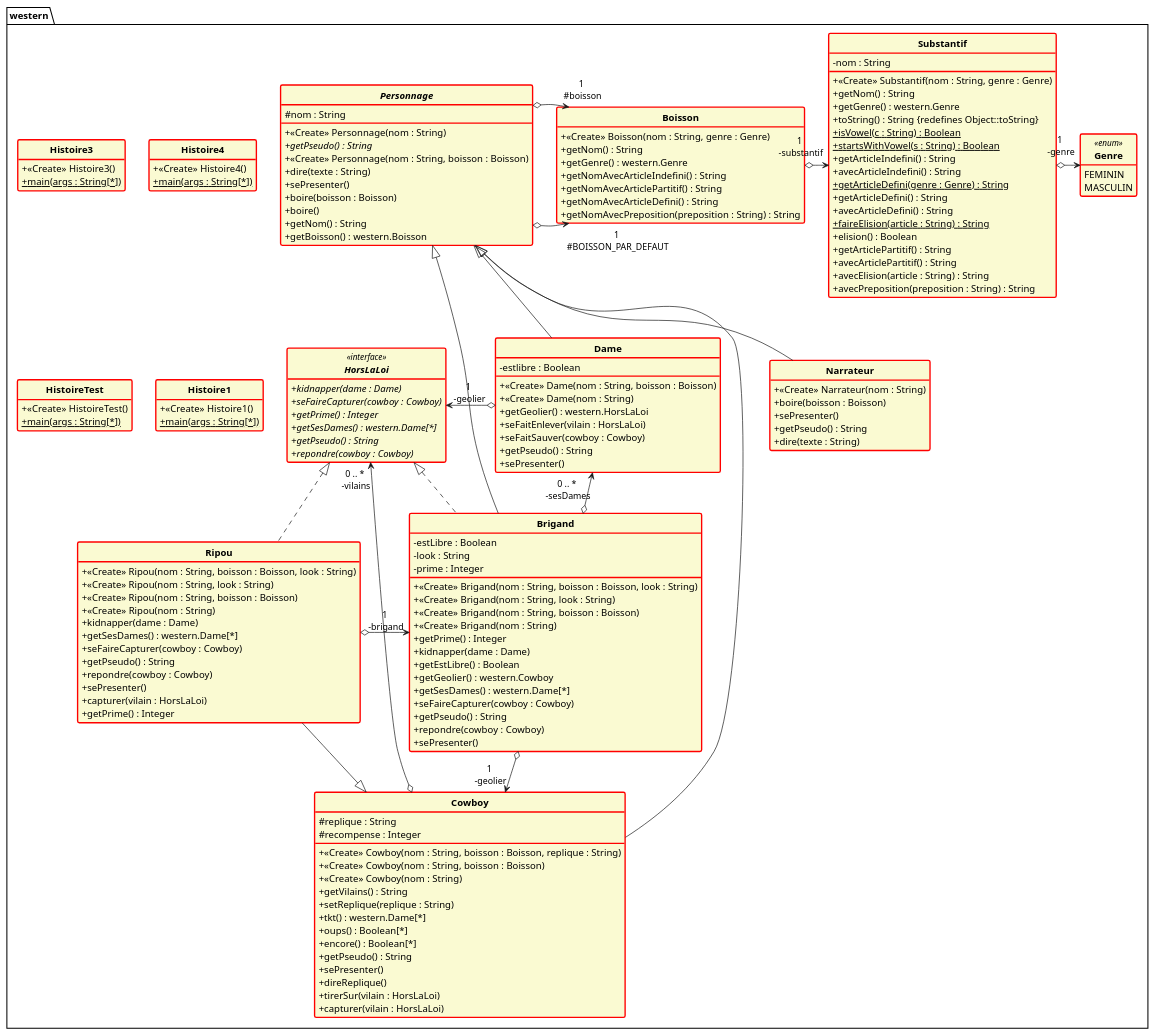
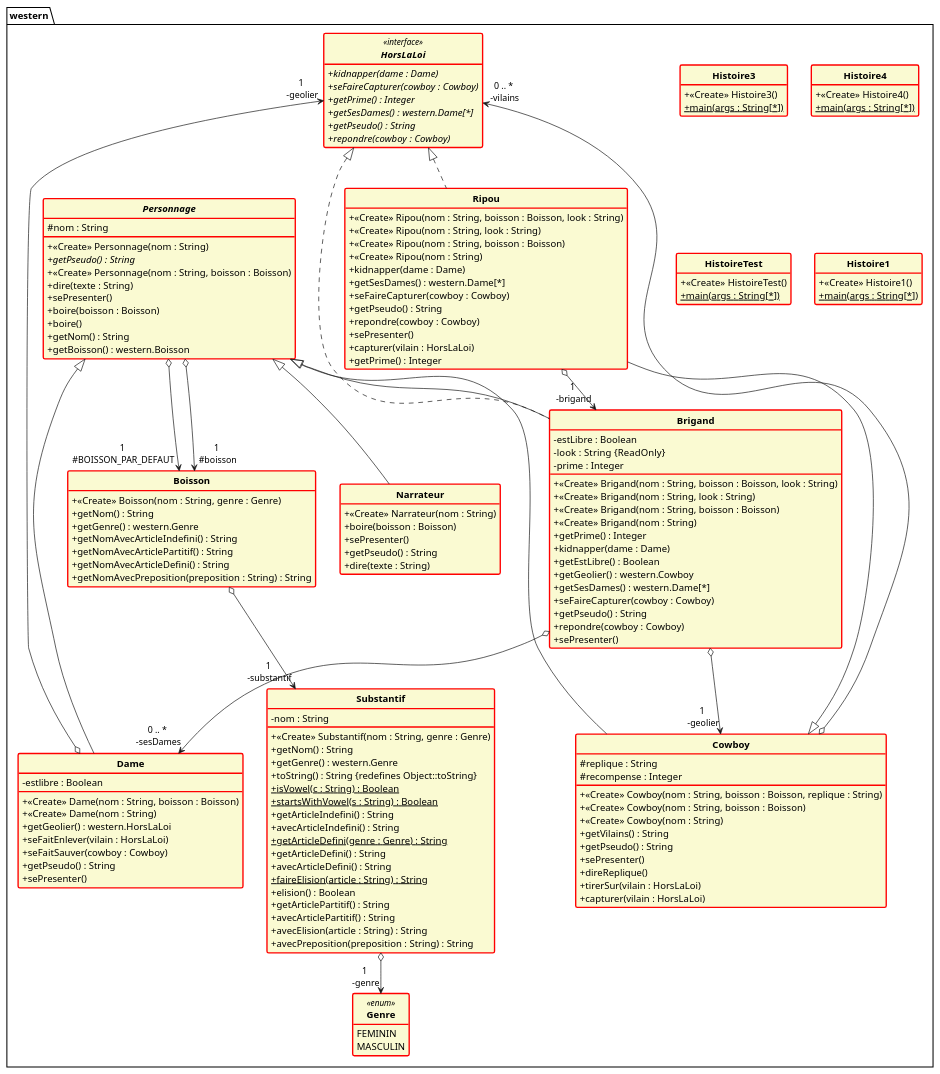
Before and after one commit to DamienJUNG/GenerateurPuml: the diagram in exemples/western.puml, drawn with PlantUML. The commit also changed 1 other file, not shown here.

```diff
--- a/exemples/western.puml
+++ b/exemples/western.puml
@@ -1,199 +1,195 @@
 @startuml
 
 'Code généré automatiquement ;>
 skinparam style strictuml
 hide empty members
 skinparam classAttributeIconSize 0
 skinparam classFontStyle Bold
 skinparam classbackgroundColor LightGoldenRodYellow
 skinparam classbordercolor red
 skinparam classattribute none
 skinparam classborderthickness 2
 
 
 interface western.HorsLaLoi <<interface>>  {
-	+ kidnapper(dame : Dame) {abstract}
-	+ seFaireCapturer(cowboy : Cowboy) {abstract}
-	+ getPrime() : Integer {abstract}
-	+ getSesDames() : western.Dame[*] {abstract}
-	+ getPseudo() : String {abstract}
-	+ repondre(cowboy : Cowboy) {abstract}
+	 + kidnapper(dame : Dame) {abstract}
+	 + seFaireCapturer(cowboy : Cowboy) {abstract}
+	 + getPrime() : Integer {abstract}
+	 + getSesDames() : western.Dame[*] {abstract}
+	 + getPseudo() : String {abstract}
+	 + repondre(cowboy : Cowboy) {abstract}
 }
 
 class western.Dame extends western.Personnage {
-	- estlibre : Boolean 
+	 - estlibre : Boolean 
 
-	+ <<Create>> Dame(nom : String, boisson : Boisson)
-	+ <<Create>> Dame(nom : String)
-	+ getGeolier() : western.HorsLaLoi
-	+ seFaitEnlever(vilain : HorsLaLoi)
-	+ seFaitSauver(cowboy : Cowboy)
-	+ getPseudo() : String
-	+ sePresenter()
+	 + <<Create>> Dame(nom : String, boisson : Boisson)
+	 + <<Create>> Dame(nom : String)
+	 + getGeolier() : western.HorsLaLoi
+	 + seFaitEnlever(vilain : HorsLaLoi)
+	 + seFaitSauver(cowboy : Cowboy)
+	 + getPseudo() : String
+	 + sePresenter()
 }
-	Dame o-> "1\n -geolier" western.HorsLaLoi
+	Dame o--> "1\n -geolier" western.HorsLaLoi
 
 
 abstract class western.Personnage {
-	# nom : String 
+	 # nom : String 
 
-	+ <<Create>> Personnage(nom : String)
-	+ getPseudo() : String {abstract}
-	+ <<Create>> Personnage(nom : String, boisson : Boisson)
-	+ dire(texte : String)
-	+ sePresenter()
-	+ boire(boisson : Boisson)
-	+ boire()
-	+ getNom() : String
-	+ getBoisson() : western.Boisson
+	 + <<Create>> Personnage(nom : String)
+	 + getPseudo() : String {abstract}
+	 + <<Create>> Personnage(nom : String, boisson : Boisson)
+	 + dire(texte : String)
+	 + sePresenter()
+	 + boire(boisson : Boisson)
+	 + boire()
+	 + getNom() : String
+	 + getBoisson() : western.Boisson
 }
-	Personnage o-> "1\n #BOISSON_PAR_DEFAUT" western.Boisson
-	Personnage o-> "1\n #boisson" western.Boisson
-
-
-class western.Cowboy extends western.Personnage {
-	# replique : String 
-	# recompense : Integer 
-
-	+ <<Create>> Cowboy(nom : String, boisson : Boisson, replique : String)
-	+ <<Create>> Cowboy(nom : String, boisson : Boisson)
-	+ <<Create>> Cowboy(nom : String)
-	+ getVilains() : String
-	+ setReplique(replique : String)
-	+ tkt() : western.Dame[*]
-	+ oups() : Boolean[*]
-	+ encore() : Boolean[*]
-	+ getPseudo() : String
-	+ sePresenter()
-	+ direReplique()
-	+ tirerSur(vilain : HorsLaLoi)
-	+ capturer(vilain : HorsLaLoi)
-}
-	Cowboy o-> "0 .. *\n -vilains" western.HorsLaLoi
+	Personnage o--> "1\n #BOISSON_PAR_DEFAUT" western.Boisson
+	Personnage o--> "1\n #boisson" western.Boisson
 
 
 class western.Boisson {
 
-	+ <<Create>> Boisson(nom : String, genre : Genre)
-	+ getNom() : String
-	+ getGenre() : western.Genre
-	+ getNomAvecArticleIndefini() : String
-	+ getNomAvecArticlePartitif() : String
-	+ getNomAvecArticleDefini() : String
-	+ getNomAvecPreposition(preposition : String) : String
+	 + <<Create>> Boisson(nom : String, genre : Genre)
+	 + getNom() : String
+	 + getGenre() : western.Genre
+	 + getNomAvecArticleIndefini() : String
+	 + getNomAvecArticlePartitif() : String
+	 + getNomAvecArticleDefini() : String
+	 + getNomAvecPreposition(preposition : String) : String
 }
-	Boisson o-> "1\n -substantif" western.Substantif
+	Boisson o--> "1\n -substantif" western.Substantif
 
 
 enum western.Genre <<enum>> {
 	FEMININ
 	MASCULIN
 
 
 }
 class western.Substantif {
-	- nom : String 
+	 - nom : String 
 
-	+ <<Create>> Substantif(nom : String, genre : Genre)
-	+ getNom() : String
-	+ getGenre() : western.Genre
-	+ toString() : String {redefines Object::toString}
-	+ isVowel(c : String) : Boolean {static}
-	+ startsWithVowel(s : String) : Boolean {static}
-	+ getArticleIndefini() : String
-	+ avecArticleIndefini() : String
-	+ getArticleDefini(genre : Genre) : String {static}
-	+ getArticleDefini() : String
-	+ avecArticleDefini() : String
-	+ faireElision(article : String) : String {static}
-	+ elision() : Boolean
-	+ getArticlePartitif() : String
-	+ avecArticlePartitif() : String
-	+ avecElision(article : String) : String
-	+ avecPreposition(preposition : String) : String
+	 + <<Create>> Substantif(nom : String, genre : Genre)
+	 + getNom() : String
+	 + getGenre() : western.Genre
+	 + toString() : String {redefines Object::toString}
+	 + isVowel(c : String) : Boolean {static}
+	 + startsWithVowel(s : String) : Boolean {static}
+	 + getArticleIndefini() : String
+	 + avecArticleIndefini() : String
+	 + getArticleDefini(genre : Genre) : String {static}
+	 + getArticleDefini() : String
+	 + avecArticleDefini() : String
+	 + faireElision(article : String) : String {static}
+	 + elision() : Boolean
+	 + getArticlePartitif() : String
+	 + avecArticlePartitif() : String
+	 + avecElision(article : String) : String
+	 + avecPreposition(preposition : String) : String
 }
-	Substantif o-> "1\n -genre" western.Genre
+	Substantif o--> "1\n -genre" western.Genre
 
 
 class western.Histoire3 {
 
-	+ <<Create>> Histoire3()
-	+ main(args : String[*]) {static}
+	 + <<Create>> Histoire3()
+	 + main(args : String[*]) {static}
 }
 
 
 class western.Histoire4 {
 
-	+ <<Create>> Histoire4()
-	+ main(args : String[*]) {static}
+	 + <<Create>> Histoire4()
+	 + main(args : String[*]) {static}
 }
 
 
 class western.HistoireTest {
 
-	+ <<Create>> HistoireTest()
-	+ main(args : String[*]) {static}
+	 + <<Create>> HistoireTest()
+	 + main(args : String[*]) {static}
 }
 
 
 class western.Narrateur extends western.Personnage {
 
-	+ <<Create>> Narrateur(nom : String)
-	+ boire(boisson : Boisson)
-	+ sePresenter()
-	+ getPseudo() : String
-	+ dire(texte : String)
+	 + <<Create>> Narrateur(nom : String)
+	 + boire(boisson : Boisson)
+	 + sePresenter()
+	 + getPseudo() : String
+	 + dire(texte : String)
 }
 
 
 class western.Ripou extends western.Cowboy implements western.HorsLaLoi {
 
-	+ <<Create>> Ripou(nom : String, boisson : Boisson, look : String)
-	+ <<Create>> Ripou(nom : String, look : String)
-	+ <<Create>> Ripou(nom : String, boisson : Boisson)
-	+ <<Create>> Ripou(nom : String)
-	+ kidnapper(dame : Dame)
-	+ getSesDames() : western.Dame[*]
-	+ seFaireCapturer(cowboy : Cowboy)
-	+ getPseudo() : String
-	+ repondre(cowboy : Cowboy)
-	+ sePresenter()
-	+ capturer(vilain : HorsLaLoi)
-	+ getPrime() : Integer
+	 + <<Create>> Ripou(nom : String, boisson : Boisson, look : String)
+	 + <<Create>> Ripou(nom : String, look : String)
+	 + <<Create>> Ripou(nom : String, boisson : Boisson)
+	 + <<Create>> Ripou(nom : String)
+	 + kidnapper(dame : Dame)
+	 + getSesDames() : western.Dame[*]
+	 + seFaireCapturer(cowboy : Cowboy)
+	 + getPseudo() : String
+	 + repondre(cowboy : Cowboy)
+	 + sePresenter()
+	 + capturer(vilain : HorsLaLoi)
+	 + getPrime() : Integer
 }
-	Ripou o-> "1\n -brigand" western.Brigand
+	Ripou o--> "1\n -brigand" western.Brigand
 
 
 class western.Brigand extends western.Personnage implements western.HorsLaLoi {
-	- estLibre : Boolean 
-	- look : String 
-	- prime : Integer 
+	 - estLibre : Boolean 
+	 - look : String  {ReadOnly}
+	 - prime : Integer 
 
-	+ <<Create>> Brigand(nom : String, boisson : Boisson, look : String)
-	+ <<Create>> Brigand(nom : String, look : String)
-	+ <<Create>> Brigand(nom : String, boisson : Boisson)
-	+ <<Create>> Brigand(nom : String)
-	+ getPrime() : Integer
-	+ kidnapper(dame : Dame)
-	+ getEstLibre() : Boolean
-	+ getGeolier() : western.Cowboy
-	+ getSesDames() : western.Dame[*]
-	+ seFaireCapturer(cowboy : Cowboy)
-	+ getPseudo() : String
-	+ repondre(cowboy : Cowboy)
-	+ sePresenter()
+	 + <<Create>> Brigand(nom : String, boisson : Boisson, look : String)
+	 + <<Create>> Brigand(nom : String, look : String)
+	 + <<Create>> Brigand(nom : String, boisson : Boisson)
+	 + <<Create>> Brigand(nom : String)
+	 + getPrime() : Integer
+	 + kidnapper(dame : Dame)
+	 + getEstLibre() : Boolean
+	 + getGeolier() : western.Cowboy
+	 + getSesDames() : western.Dame[*]
+	 + seFaireCapturer(cowboy : Cowboy)
+	 + getPseudo() : String
+	 + repondre(cowboy : Cowboy)
+	 + sePresenter()
 }
-	Brigand o-> "1\n -geolier" western.Cowboy
-	Brigand o-> "0 .. *\n -sesDames" western.Dame
+	Brigand o--> "1\n -geolier" western.Cowboy
+	Brigand o--> "0 .. *\n -sesDames" western.Dame
 
 
 class western.Histoire1 {
 
-	+ <<Create>> Histoire1()
-	+ main(args : String[*]) {static}
+	 + <<Create>> Histoire1()
+	 + main(args : String[*]) {static}
 }
+
+
+class western.Cowboy extends western.Personnage {
+	 # replique : String 
+	 # recompense : Integer 
+
+	 + <<Create>> Cowboy(nom : String, boisson : Boisson, replique : String)
+	 + <<Create>> Cowboy(nom : String, boisson : Boisson)
+	 + <<Create>> Cowboy(nom : String)
+	 + getVilains() : String
+	 + getPseudo() : String
+	 + sePresenter()
+	 + direReplique()
+	 + tirerSur(vilain : HorsLaLoi)
+	 + capturer(vilain : HorsLaLoi)
+}
+	Cowboy o--> "0 .. *\n -vilains" western.HorsLaLoi
 
 
 
 
 @enduml
```
